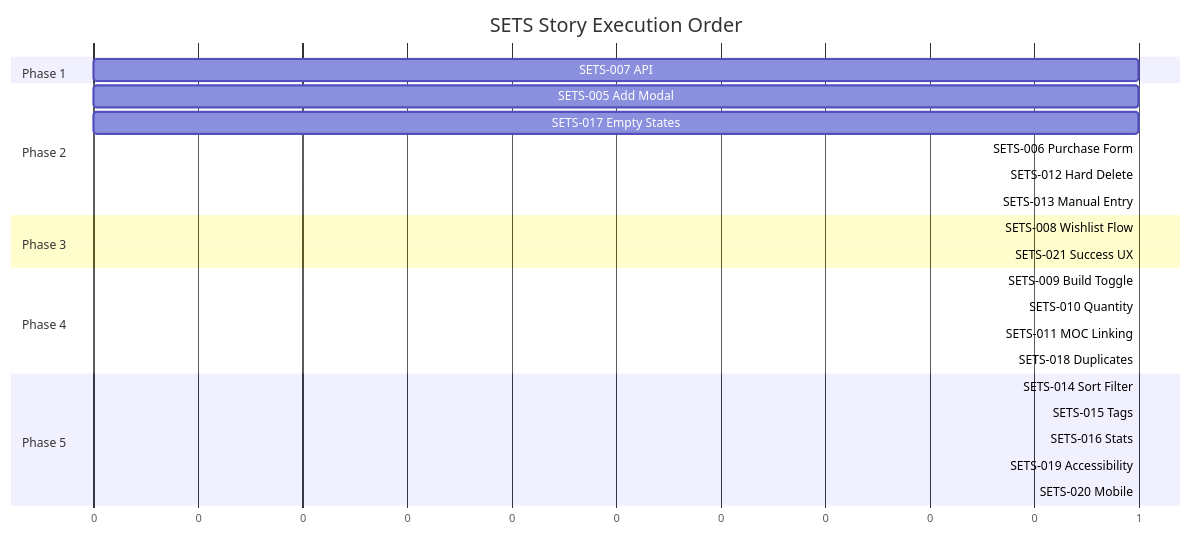
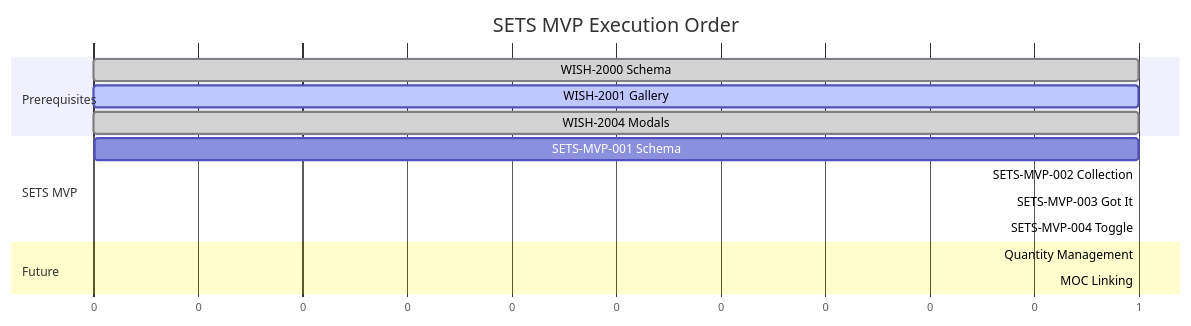
One commit to michael-menard/monorepo changed the second of 2 diagrams in plans/future/sets/roadmap.md. Above: the diagram before and after it, drawn with Mermaid. The commit also changed other lines of this file and 368 other files, not shown here.

````diff
--- a/plans/future/sets/roadmap.md
+++ b/plans/future/sets/roadmap.md
@@ -93,33 +79,21 @@
 ```mermaid
 gantt
-    title SETS Story Execution Order
+    title SETS MVP Execution Order
     dateFormat X
     axisFormat %s
 
-    section Phase 1
-    SETS-007 API           :s007, 0, 1
+    section Prerequisites
+    WISH-2000 Schema        :done, w2000, 0, 1
+    WISH-2001 Gallery       :active, w2001, 0, 1
+    WISH-2004 Modals        :done, w2004, 0, 1
 
-    section Phase 2
-    SETS-005 Add Modal     :s005, 0, 1
-    SETS-017 Empty States  :s017, 0, 1
-    SETS-006 Purchase Form :s006, after s005, 1
-    SETS-012 Hard Delete   :s012, after s007, 1
-    SETS-013 Manual Entry  :s013, after s005, 1
+    section SETS MVP
+    SETS-MVP-001 Schema     :s001, 1, 1
+    SETS-MVP-002 Collection :s002, after s001, 1
+    SETS-MVP-003 Got It     :s003, after s001, 1
+    SETS-MVP-004 Toggle     :s004, after s002, 1
 
-    section Phase 3
-    SETS-008 Wishlist Flow :s008, after s006 s007, 1
-    SETS-021 Success UX    :s021, after s008, 1
-
-    section Phase 4
-    SETS-009 Build Toggle  :s009, after s007, 1
-    SETS-010 Quantity      :s010, after s007, 1
-    SETS-011 MOC Linking   :s011, after s007, 1
-    SETS-018 Duplicates    :s018, after s005 s010, 1
-
-    section Phase 5
-    SETS-014 Sort Filter   :s014, after s007, 1
-    SETS-015 Tags          :s015, after s007, 1
-    SETS-016 Stats         :s016, after s007, 1
-    SETS-019 Accessibility :s019, after s009 s010 s011, 1
-    SETS-020 Mobile        :s020, after s009, 1
+    section Future
+    Quantity Management     :f001, after s004, 1
+    MOC Linking             :f002, after s004, 1
 ```
````
